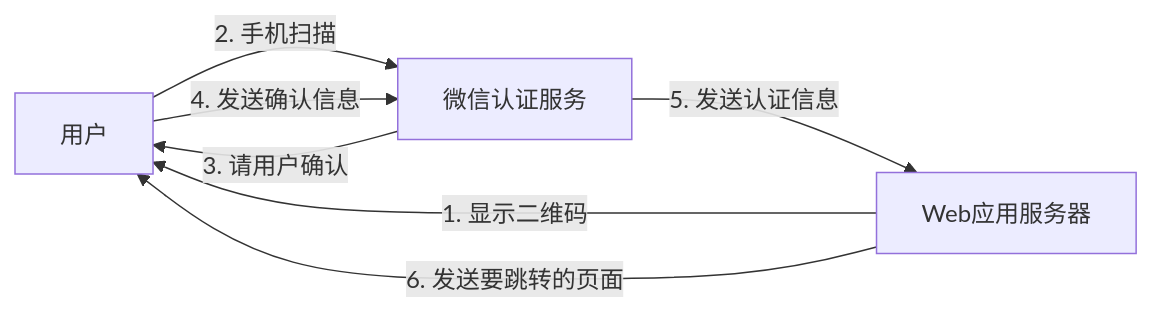
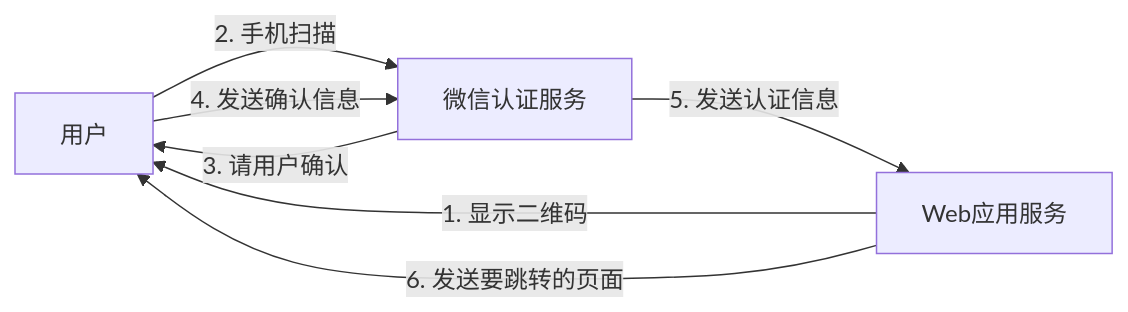
The diagram in Markdown/05.md (owlman/webdev_in_action), drawn with Mermaid before and after one commit. The commit also changed other lines of this file, not shown here.

Commit message:
'项目5：进行到【工作实施和交付】'

````diff
--- a/Markdown/05.md
+++ b/Markdown/05.md
@@ -352,13 +352,13 @@
 ```mermaid
 flowchart LR
     users[用户]
-    webapp[Web应用服务器]
+    webapp[Web应用服务]
     wxserver[微信认证服务]
     
     webapp -->|1. 显示二维码| users
     users -->|2. 手机扫描| wxserver
     wxserver -->|3. 请用户确认| users
     users -->|4. 发送确认信息| wxserver
     wxserver -->|5. 发送认证信息| webapp
     webapp -->|6. 发送要跳转的页面| users
 ```
````
